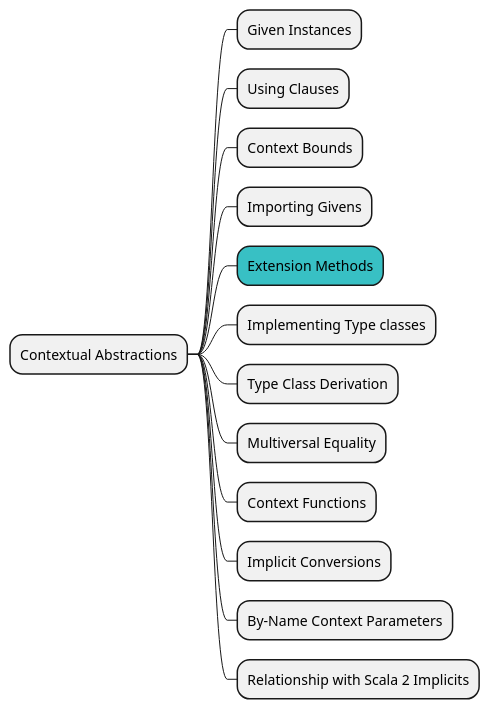
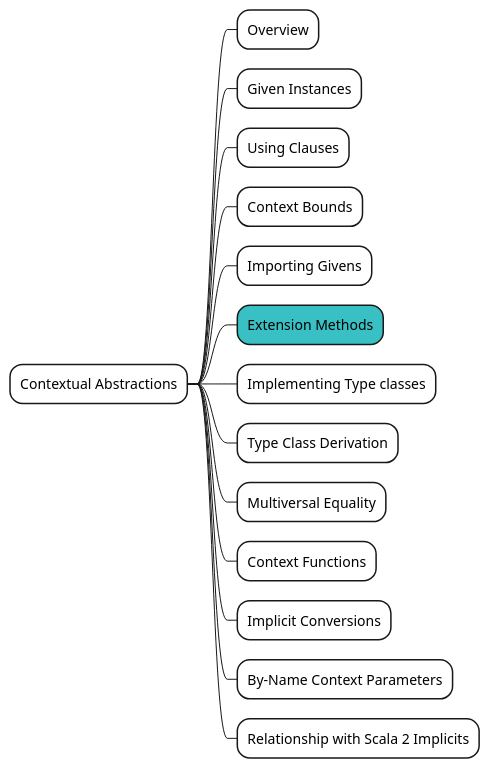
Before and after one commit to shinharad/getting-started-with-scala3: the fourth of 8 diagrams in docs/step01/03_Referenceを俯瞰してみる.md, drawn with PlantUML. The commit also changed other lines of this file and 16 other files, not shown here.

````diff
--- a/docs/step01/03_Referenceを俯瞰してみる.md
+++ b/docs/step01/03_Referenceを俯瞰してみる.md
@@ -79,17 +79,18 @@
 ```plantuml
 @startmindmap
-* Contextual Abstractions
-** Given Instances
-** Using Clauses
-** Context Bounds
-** Importing Givens
+*[#fff] Contextual Abstractions
+**[#fff] Overview
+**[#fff] Given Instances
+**[#fff] Using Clauses
+**[#fff] Context Bounds
+**[#fff] Importing Givens
 **[#38c0c4] Extension Methods
-** Implementing Type classes
-** Type Class Derivation
-** Multiversal Equality
-** Context Functions
-** Implicit Conversions
-** By-Name Context Parameters
-** Relationship with Scala 2 Implicits
+**[#fff] Implementing Type classes
+**[#fff] Type Class Derivation
+**[#fff] Multiversal Equality
+**[#fff] Context Functions
+**[#fff] Implicit Conversions
+**[#fff] By-Name Context Parameters
+**[#fff] Relationship with Scala 2 Implicits
 @endmindmap
 ```
````
